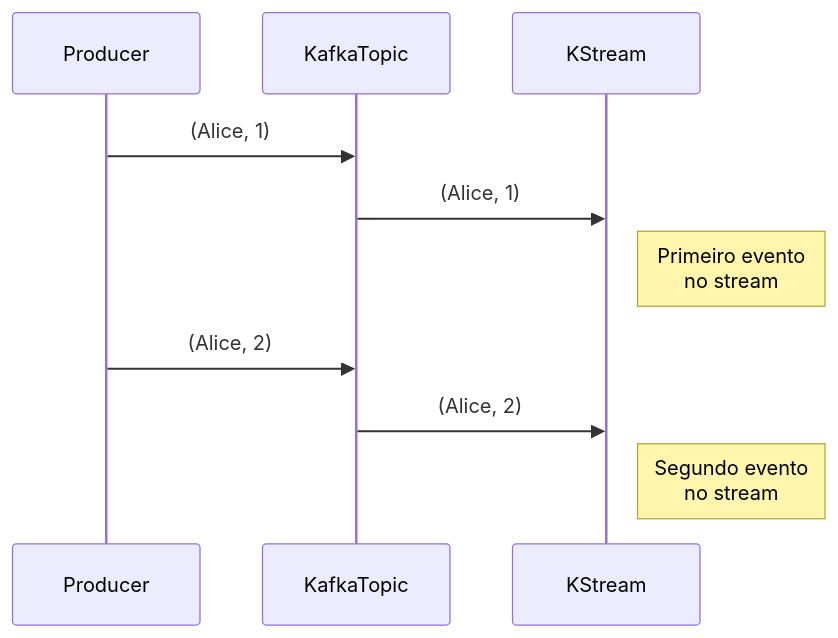
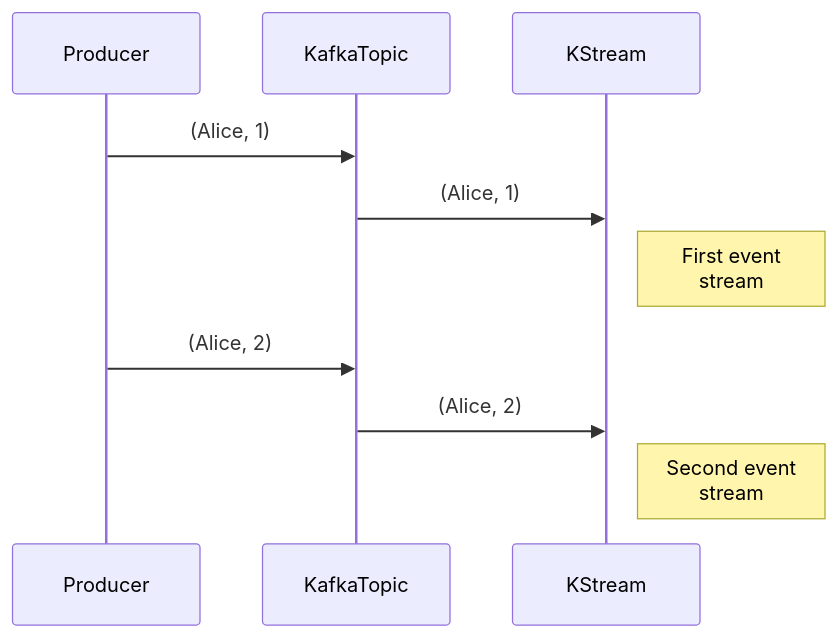
Before and after one commit to bquerino/kafka-streams: the second of 3 diagrams in docs/README.md, drawn with Mermaid. The commit also changed other lines of this file, not shown here.

````diff
--- a/docs/README.md
+++ b/docs/README.md
@@ -71,15 +71,15 @@
 ```mermaid
 sequenceDiagram
     participant P as Producer
     participant T as KafkaTopic
     participant KS as KStream
 
     P->>T: (Alice, 1)
     T->>KS: (Alice, 1)
-    note right of KS: Primeiro evento<br/>no stream
+    note right of KS: First event<br/> stream
 
     P->>T: (Alice, 2)
     T->>KS: (Alice, 2)
-    note right of KS: Segundo evento<br/>no stream
+    note right of KS: Second event<br/>stream
 
 ```
````
